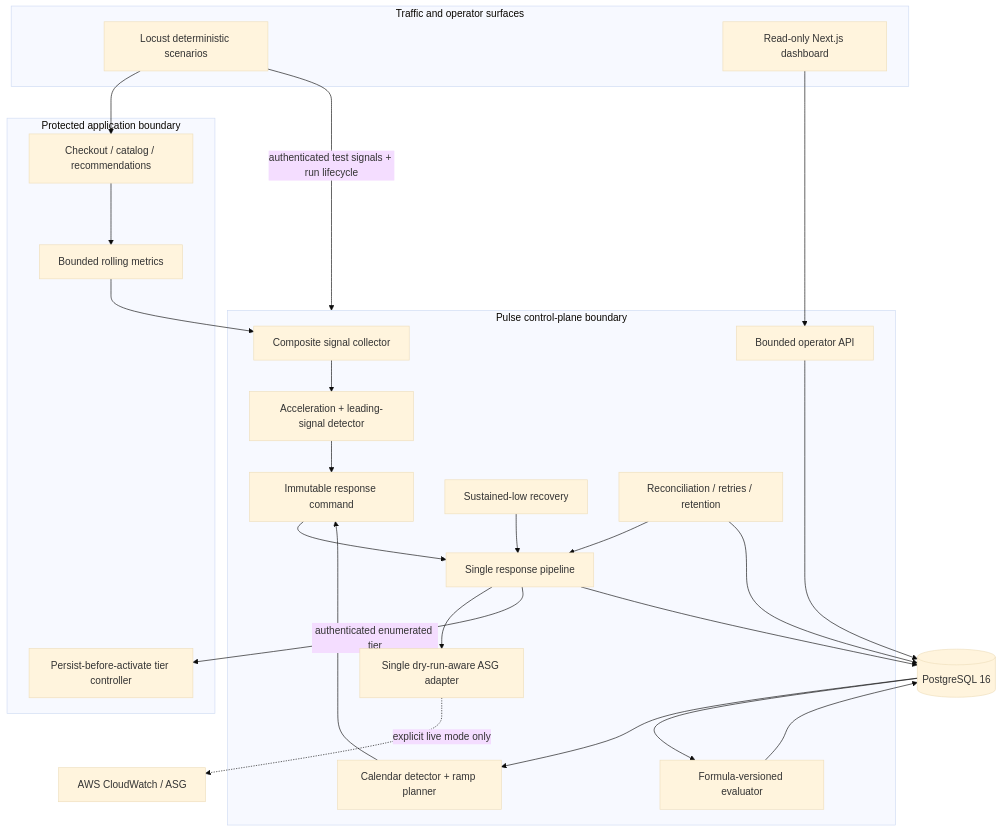
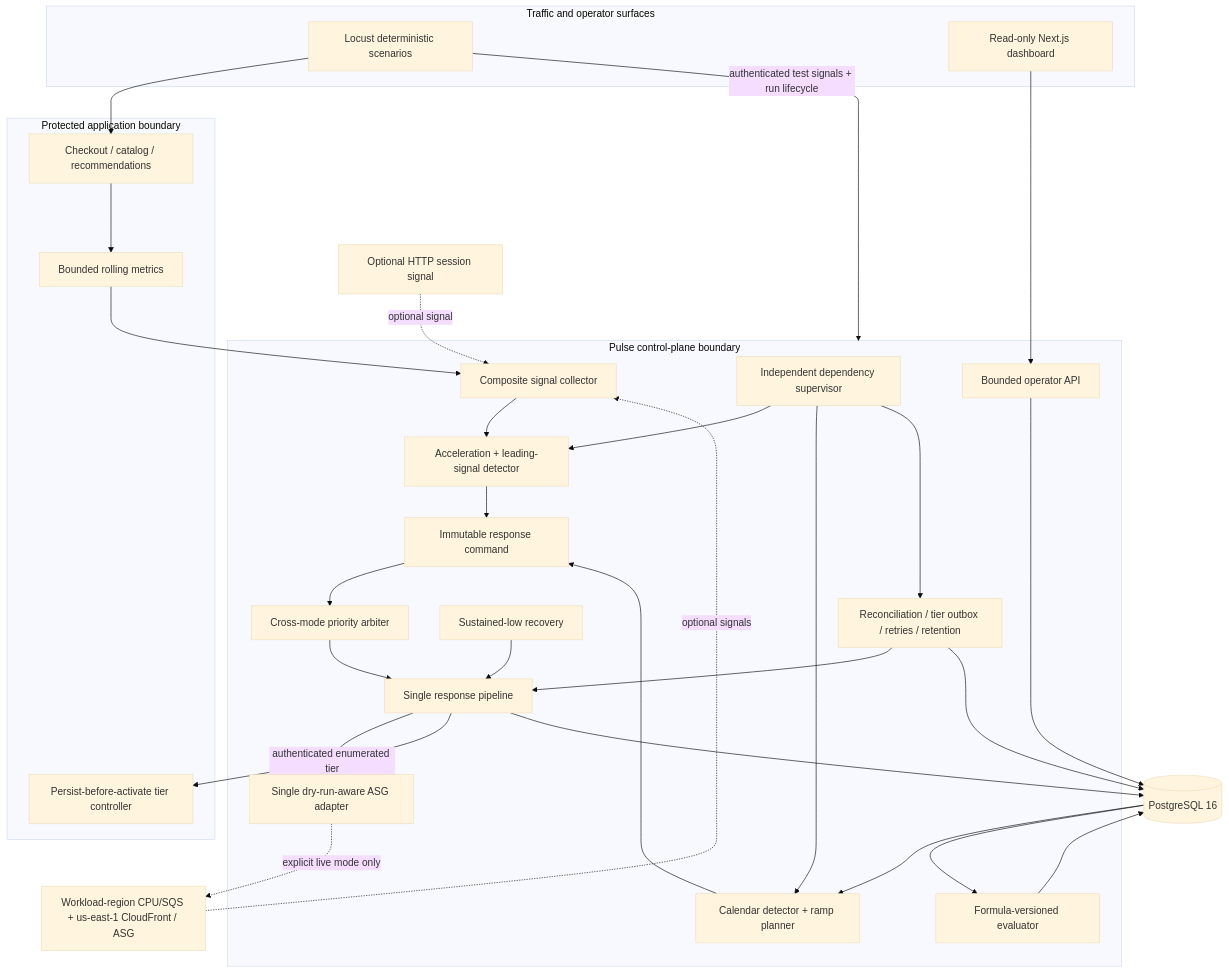
The first of 2 diagrams in docs/architecture.md (Suryavarma333/pulse-engine), drawn with Mermaid (base theme) before and after one commit. The commit also changed other lines of this file and 5 other files, not shown here.

````diff
--- a/docs/architecture.md
+++ b/docs/architecture.md
@@ -5,41 +5,49 @@
 ```mermaid
 flowchart TB
   subgraph Traffic["Traffic and operator surfaces"]
     Locust["Locust deterministic scenarios"]
     Browser["Read-only Next.js dashboard"]
   end
   subgraph App["Protected application boundary"]
     Commerce["Checkout / catalog / recommendations"]
     Metrics["Bounded rolling metrics"]
     Tier["Persist-before-activate tier controller"]
   end
   subgraph Agent["Pulse control-plane boundary"]
     Collector["Composite signal collector"]
     Realtime["Acceleration + leading-signal detector"]
     Scheduled["Calendar detector + ramp planner"]
     Command["Immutable response command"]
+    Arbiter["Cross-mode priority arbiter"]
     Pipeline["Single response pipeline"]
     Recovery["Sustained-low recovery"]
-    Maintenance["Reconciliation / retries / retention"]
+    Maintenance["Reconciliation / tier outbox / retries / retention"]
+    Supervisor["Independent dependency supervisor"]
     Adapter["Single dry-run-aware ASG adapter"]
     Feedback["Formula-versioned evaluator"]
     API["Bounded operator API"]
   end
   DB[("PostgreSQL 16")]
-  AWS["AWS CloudWatch / ASG"]
+  AWS["Workload-region CPU/SQS + us-east-1 CloudFront / ASG"]
+  Session["Optional HTTP session signal"]
   Locust --> Commerce
   Locust -->|"authenticated test signals + run lifecycle"| Agent
   Commerce --> Metrics --> Collector
+  AWS -. "optional signals" .-> Collector
+  Session -. "optional signal" .-> Collector
   Collector --> Realtime --> Command
   DB --> Scheduled --> Command
-  Command --> Pipeline
+  Command --> Arbiter --> Pipeline
   Pipeline --> Adapter
   Pipeline -->|"authenticated enumerated tier"| Tier
   Pipeline --> DB
   Adapter -. "explicit live mode only" .-> AWS
   Recovery --> Pipeline
   Maintenance --> Pipeline
   Maintenance --> DB
+  Supervisor --> Realtime
+  Supervisor --> Scheduled
+  Supervisor --> Maintenance
   DB --> Feedback --> DB
   Browser --> API --> DB
 ```
````
